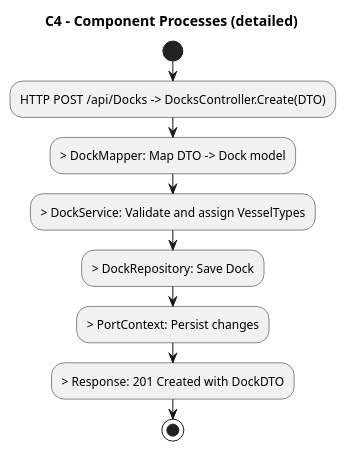
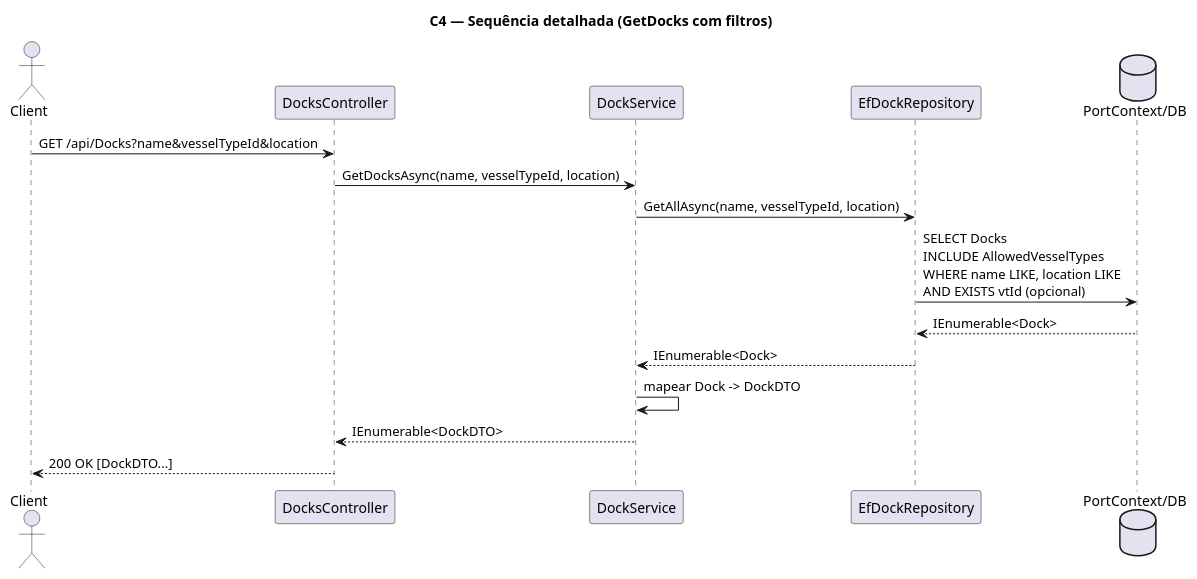
The diagram in Docs/Sprint A/US 2.2.3/Modelo c4/C4_Processos.puml (Departamento-de-Engenharia-Informatica/LEI-SEM5-PI-2025-26-3DM-03), drawn with PlantUML before and after one commit. The commit also changed 12 other files, not shown here.

Commit message:
Refactor and enhance UML diagrams for Docks management, including context, processes, logic, and implementation details

```diff
--- a/Docs/Sprint A/US 2.2.3/Modelo c4/C4_Processos.puml
+++ b/Docs/Sprint A/US 2.2.3/Modelo c4/C4_Processos.puml
@@ -1,13 +1,20 @@
-@startuml
-title C4 - Component Processes (detailed)
+@startuml C4_Processos
+title C4 — Sequência detalhada (GetDocks com filtros)
 
-start
-:HTTP POST /api/Docks -> DocksController.Create(DTO);
--> DockMapper: Map DTO -> Dock model
--> DockService: Validate and assign VesselTypes
--> DockRepository: Save Dock
--> PortContext: Persist changes
--> Response: 201 Created with DockDTO
-stop
+actor Client
+participant Controller as "DocksController"
+participant Service as "DockService"
+participant Repo as "EfDockRepository"
+database DB as "PortContext/DB"
+
+Client -> Controller: GET /api/Docks?name&vesselTypeId&location
+Controller -> Service: GetDocksAsync(name, vesselTypeId, location)
+Service -> Repo: GetAllAsync(name, vesselTypeId, location)
+Repo -> DB: SELECT Docks\nINCLUDE AllowedVesselTypes\nWHERE name LIKE, location LIKE\nAND EXISTS vtId (opcional)
+DB --> Repo: IEnumerable<Dock>
+Repo --> Service: IEnumerable<Dock>
+Service -> Service: mapear Dock -> DockDTO
+Service --> Controller: IEnumerable<DockDTO>
+Controller --> Client: 200 OK [DockDTO...]
 
 @enduml
```
